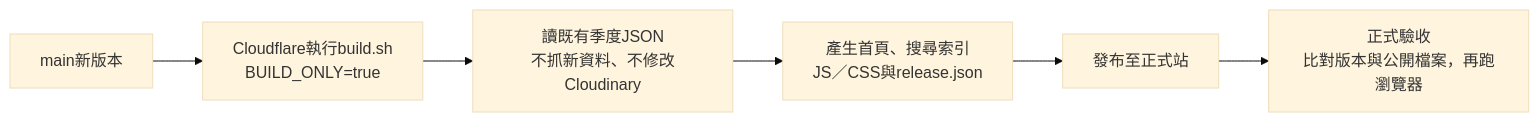
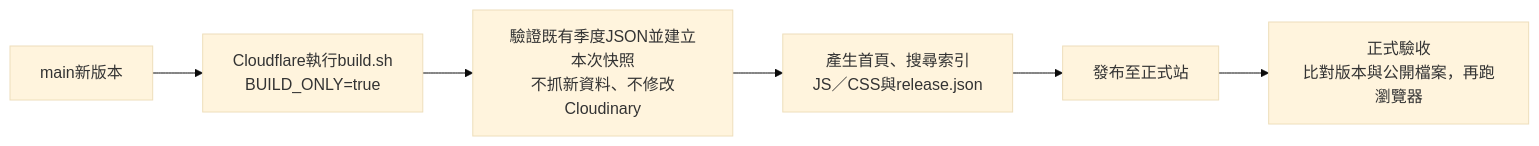
Before and after one commit to 0961282056/anime-static-crawler: the third of 3 diagrams in docs/架構與資料流.md, drawn with Mermaid (base theme). The commit also changed other lines of this file and 15 other files, not shown here.

````diff
--- a/docs/架構與資料流.md
+++ b/docs/架構與資料流.md
@@ -65,8 +65,8 @@
 ```mermaid
 flowchart LR
     M["main新版本"] --> B["Cloudflare執行build.sh<br/>BUILD_ONLY=true"]
-    B --> S["讀既有季度JSON<br/>不抓新資料、不修改Cloudinary"]
+    B --> S["驗證既有季度JSON並建立本次快照<br/>不抓新資料、不修改Cloudinary"]
     S --> O["產生首頁、搜尋索引<br/>JS／CSS與release.json"]
     O --> P["發布至正式站"]
     P --> V["正式驗收<br/>比對版本與公開檔案，再跑瀏覽器"]
 ```
````
